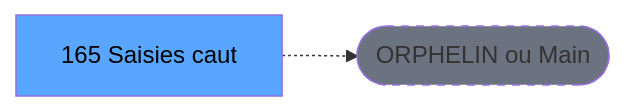
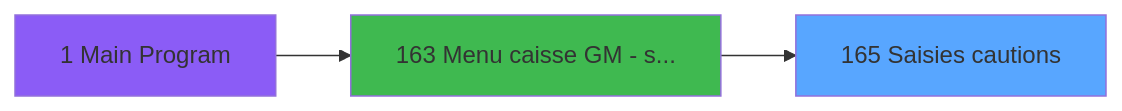
Before and after one commit to thonyAGP/magic-migration: the second of 3 diagrams in .openspec/specs/ADH-IDE-165.md, drawn with Mermaid. The commit also changed other lines of this file and 253 other files, not shown here.

````diff
--- a/.openspec/specs/ADH-IDE-165.md
+++ b/.openspec/specs/ADH-IDE-165.md
@@ -119,8 +523,11 @@
 ```mermaid
 graph LR
-    T[165    Saisies caut]
-    ORPHAN([ORPHELIN ou Main])
-    T -.-> ORPHAN
-    style T fill:#58a6ff,color:#000
-    style ORPHAN fill:#6b7280,stroke-dasharray: 5 5
+    T165[165 Saisies cautions]
+    style T165 fill:#58a6ff
+    CC1[1 Main Program]
+    style CC1 fill:#8b5cf6
+    CC163[163 Menu caisse GM - s...]
+    style CC163 fill:#3fb950
+    CC1 --> CC163
+    CC163 --> T165
 ```
````
